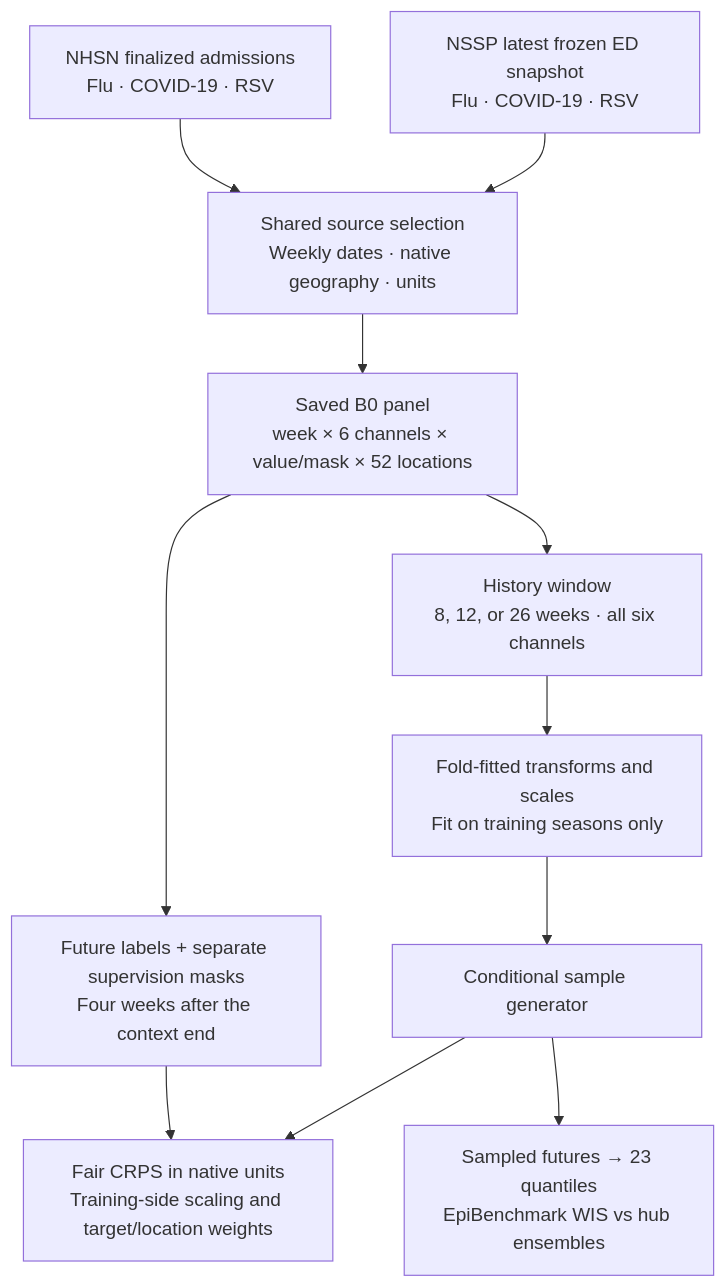
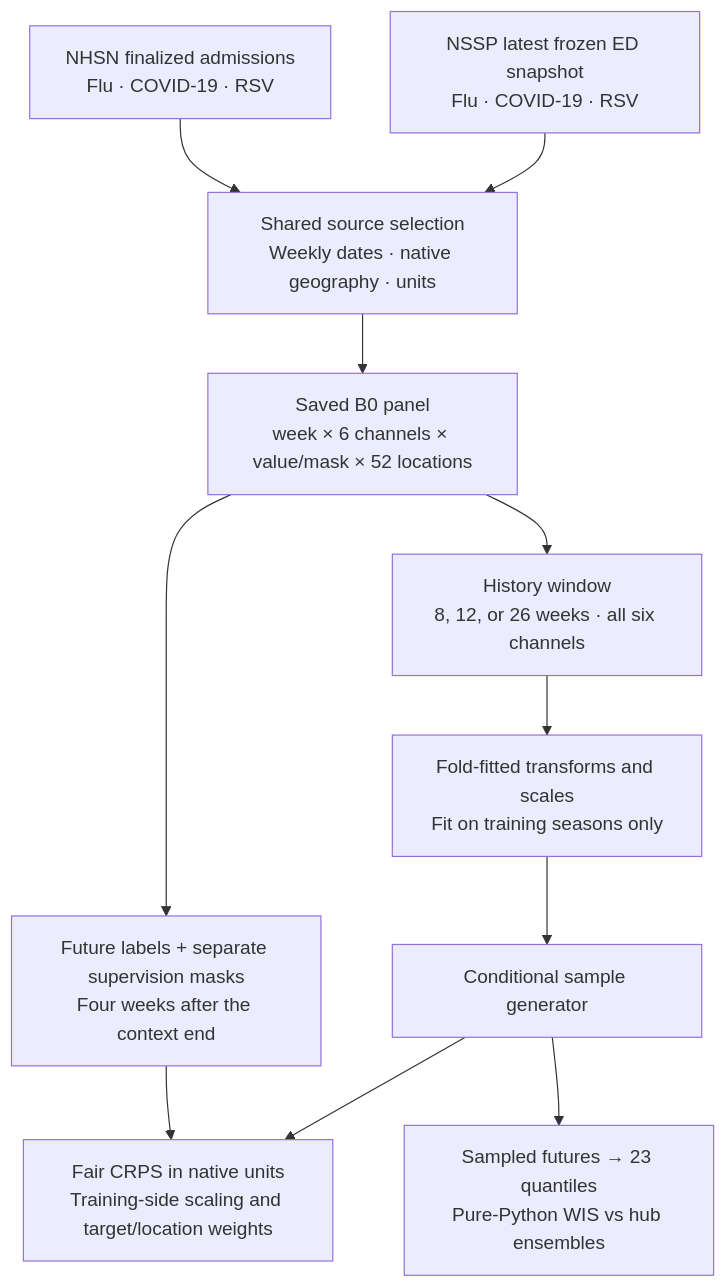
Before and after one commit to ACCIDDA/tapestry: the first of 3 diagrams in docs/index.md, drawn with Mermaid. The commit also changed other lines of this file and 27 other files, not shown here.

````diff
--- a/docs/index.md
+++ b/docs/index.md
@@ -64,13 +65,13 @@
 ```mermaid
 flowchart TD
     A["NHSN finalized admissions<br/>Flu · COVID-19 · RSV"] --> C["Shared source selection<br/>Weekly dates · native geography · units"]
     B["NSSP latest frozen ED snapshot<br/>Flu · COVID-19 · RSV"] --> C
     C --> D["Saved B0 panel<br/>week × 6 channels × value/mask × 52 locations"]
     D --> E["History window<br/>8, 12, or 26 weeks · all six channels"]
     D --> F["Future labels + separate supervision masks<br/>Four weeks after the context end"]
     E --> G["Fold-fitted transforms and scales<br/>Fit on training seasons only"]
     G --> H["Conditional sample generator"]
     F --> I["Fair CRPS in native units<br/>Training-side scaling and target/location weights"]
     H --> I
-    H --> J["Sampled futures → 23 quantiles<br/>EpiBenchmark WIS vs hub ensembles"]
+    H --> J["Sampled futures → 23 quantiles<br/>Pure-Python WIS vs hub ensembles"]
 ```
````
